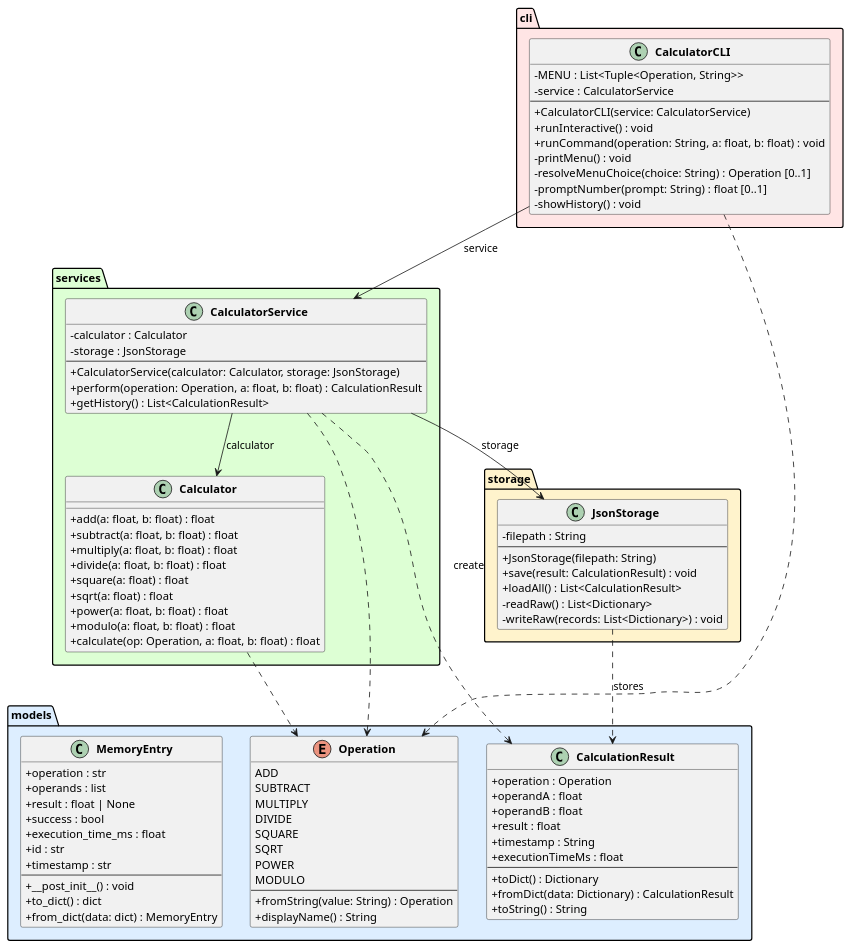
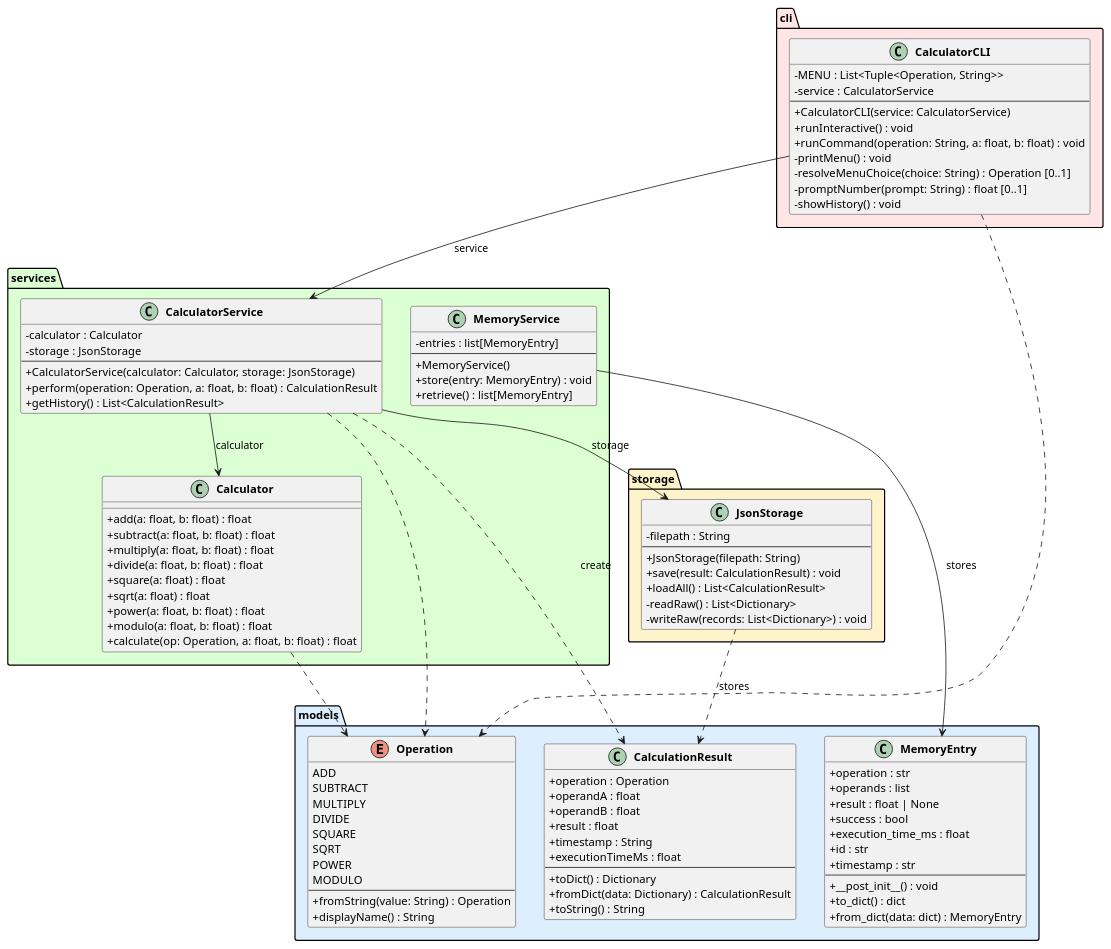
The diagram in experiments/pipeline/test_driven/calculator/artifacts/class_diagram.puml (DanielRiha8906/Software_autoevolution_using_agents), drawn with PlantUML before and after one commit. The commit also changed 6 other files, not shown here.

First line of the commit message:
task 04 | implement MemoryService for in-memory entry lifecycle management

```diff
--- a/experiments/pipeline/test_driven/calculator/artifacts/class_diagram.puml
+++ b/experiments/pipeline/test_driven/calculator/artifacts/class_diagram.puml
@@ -1,109 +1,118 @@
 @startuml class_diagram
 
 skinparam classAttributeIconSize 0
 skinparam classFontStyle bold
 
 package "models" #DDEEFF {
     enum Operation {
         ADD
         SUBTRACT
         MULTIPLY
         DIVIDE
         SQUARE
         SQRT
         POWER
         MODULO
         --
         +fromString(value: String) : Operation
         +displayName() : String
     }
 
     class CalculationResult {
         +operation : Operation
         +operandA : float
         +operandB : float
         +result : float
         +timestamp : String
         +executionTimeMs : float
         --
         +toDict() : Dictionary
         +fromDict(data: Dictionary) : CalculationResult
         +toString() : String
     }
 
     class MemoryEntry {
         +operation : str
         +operands : list
         +result : float | None
         +success : bool
         +execution_time_ms : float
         +id : str
         +timestamp : str
         --
         +__post_init__() : void
         +to_dict() : dict
         +from_dict(data: dict) : MemoryEntry
     }
 }
 
 package "services" #DDFFD4 {
     class Calculator {
         +add(a: float, b: float) : float
         +subtract(a: float, b: float) : float
         +multiply(a: float, b: float) : float
         +divide(a: float, b: float) : float
         +square(a: float) : float
         +sqrt(a: float) : float
         +power(a: float, b: float) : float
         +modulo(a: float, b: float) : float
         +calculate(op: Operation, a: float, b: float) : float
     }
 
     class CalculatorService {
         -calculator : Calculator
         -storage : JsonStorage
         --
         +CalculatorService(calculator: Calculator, storage: JsonStorage)
         +perform(operation: Operation, a: float, b: float) : CalculationResult
         +getHistory() : List<CalculationResult>
     }
+
+    class MemoryService {
+        -entries : list[MemoryEntry]
+        --
+        +MemoryService()
+        +store(entry: MemoryEntry) : void
+        +retrieve() : list[MemoryEntry]
+    }
 }
 
 package "storage" #FFF3CC {
     class JsonStorage {
         -filepath : String
         --
         +JsonStorage(filepath: String)
         +save(result: CalculationResult) : void
         +loadAll() : List<CalculationResult>
         -readRaw() : List<Dictionary>
         -writeRaw(records: List<Dictionary>) : void
     }
 }
 
 package "cli" #FFE5E5 {
     class CalculatorCLI {
         -MENU : List<Tuple<Operation, String>>
         -service : CalculatorService
         --
         +CalculatorCLI(service: CalculatorService)
         +runInteractive() : void
         +runCommand(operation: String, a: float, b: float) : void
         -printMenu() : void
         -resolveMenuChoice(choice: String) : Operation [0..1]
         -promptNumber(prompt: String) : float [0..1]
         -showHistory() : void
     }
 }
 
 CalculatorCLI --> CalculatorService : service
 CalculatorService --> Calculator : calculator
 CalculatorService --> JsonStorage : storage
 
 CalculatorService ..> CalculationResult : create
 CalculatorService ..> Operation
 CalculatorCLI ..> Operation
 Calculator ..> Operation
 JsonStorage ..> CalculationResult : stores
+MemoryService --> MemoryEntry : stores
 
 @enduml
```
